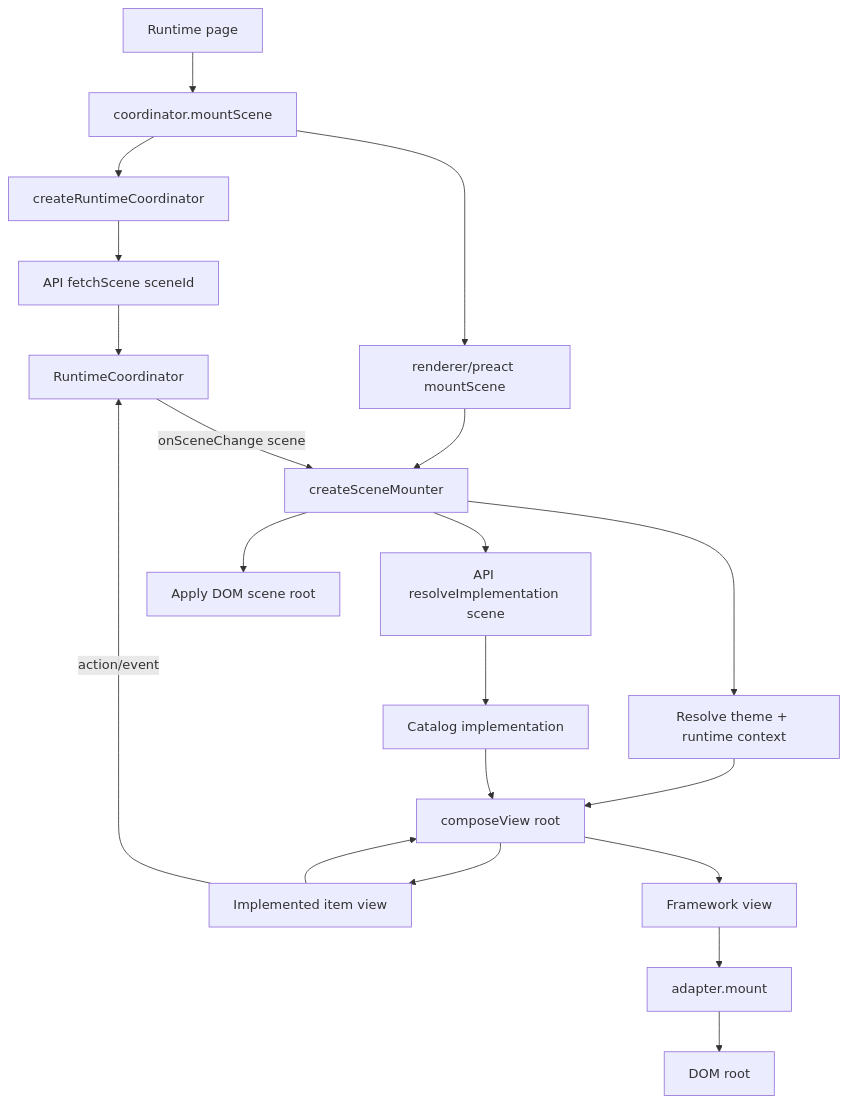
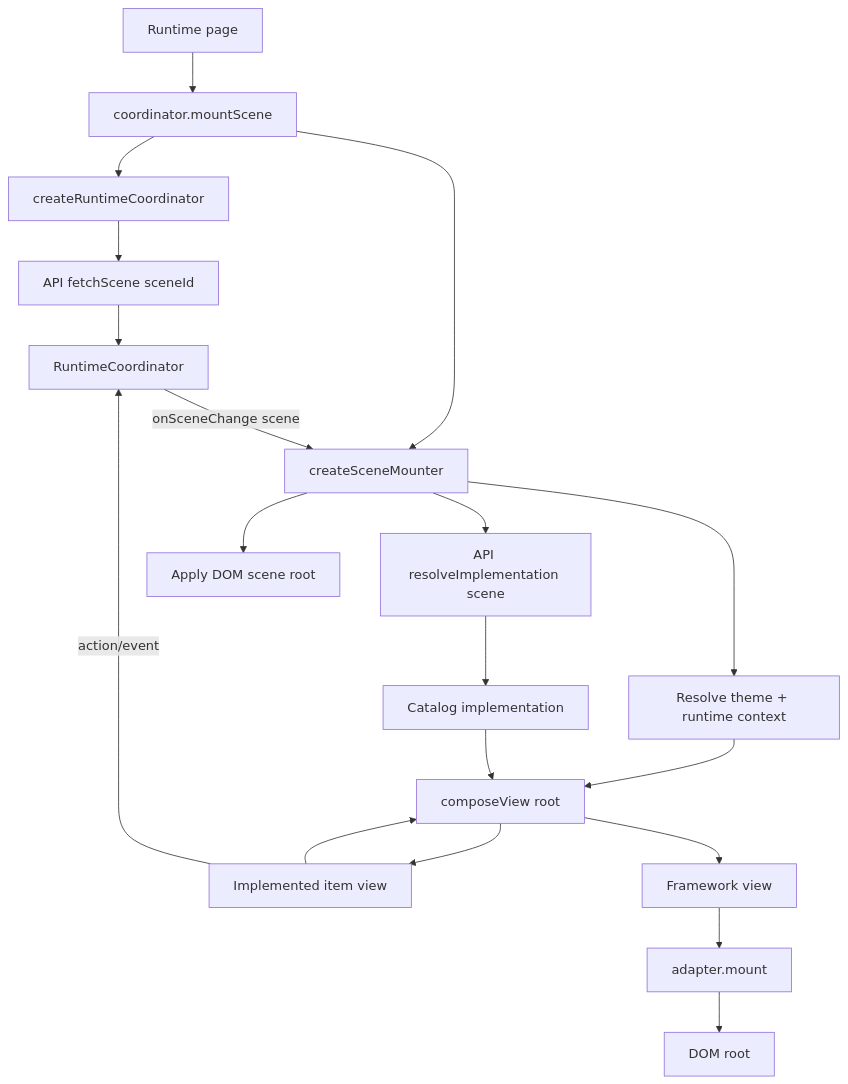
The first of 2 diagrams in experiments/web/renderers/README.md (acolby/catalogspec), drawn with Mermaid before and after one commit. The commit also changed other lines of this file and 11 other files, not shown here.

````diff
--- a/experiments/web/renderers/README.md
+++ b/experiments/web/renderers/README.md
@@ -145,25 +143,24 @@
 ```mermaid
 flowchart TD
   A[Runtime page] --> B[coordinator.mountScene]
   B --> C[createRuntimeCoordinator]
   C --> D[API fetchScene sceneId]
   D --> E[RuntimeCoordinator]
-  B --> F[renderer/preact mountScene]
-  F --> G[createSceneMounter]
+  B --> G[createSceneMounter]
 
   E -->|onSceneChange scene| G
   G --> H[API resolveImplementation scene]
   H --> I[Catalog implementation]
   G --> T[Resolve theme + runtime context]
   G --> R[Apply DOM scene root]
 
   T --> J[composeView root]
   I --> J
   J --> K[Implemented item view]
   K --> J
   J --> M[Framework view]
   M --> N[adapter.mount]
   N --> O[DOM root]
 
   K -->|action/event| E
 ```
````
